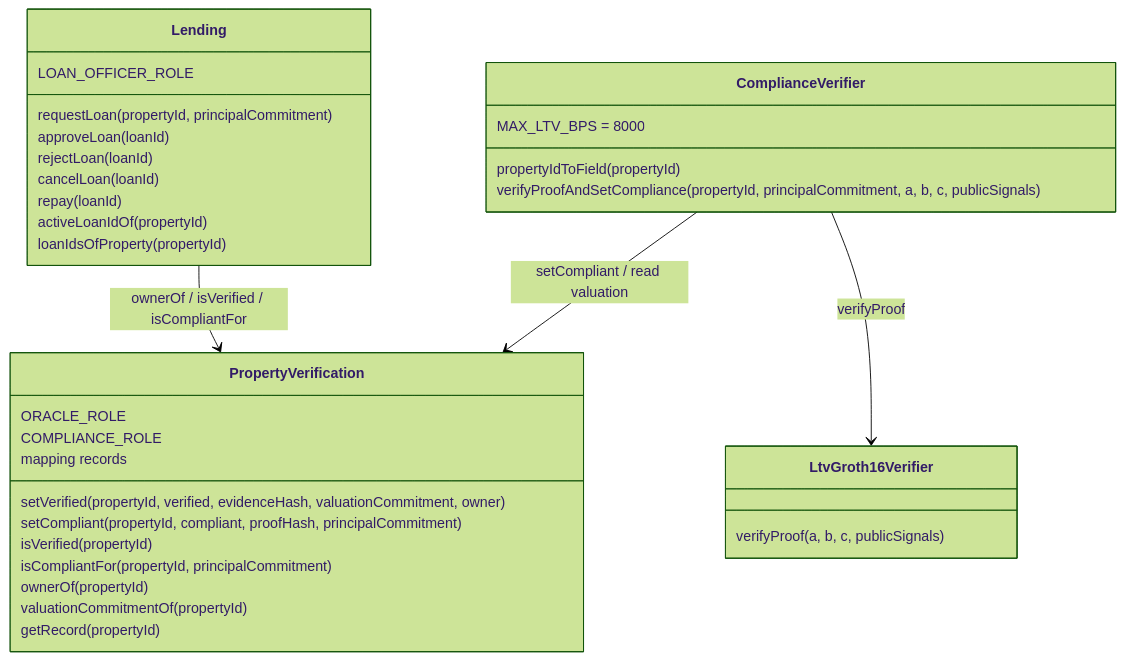
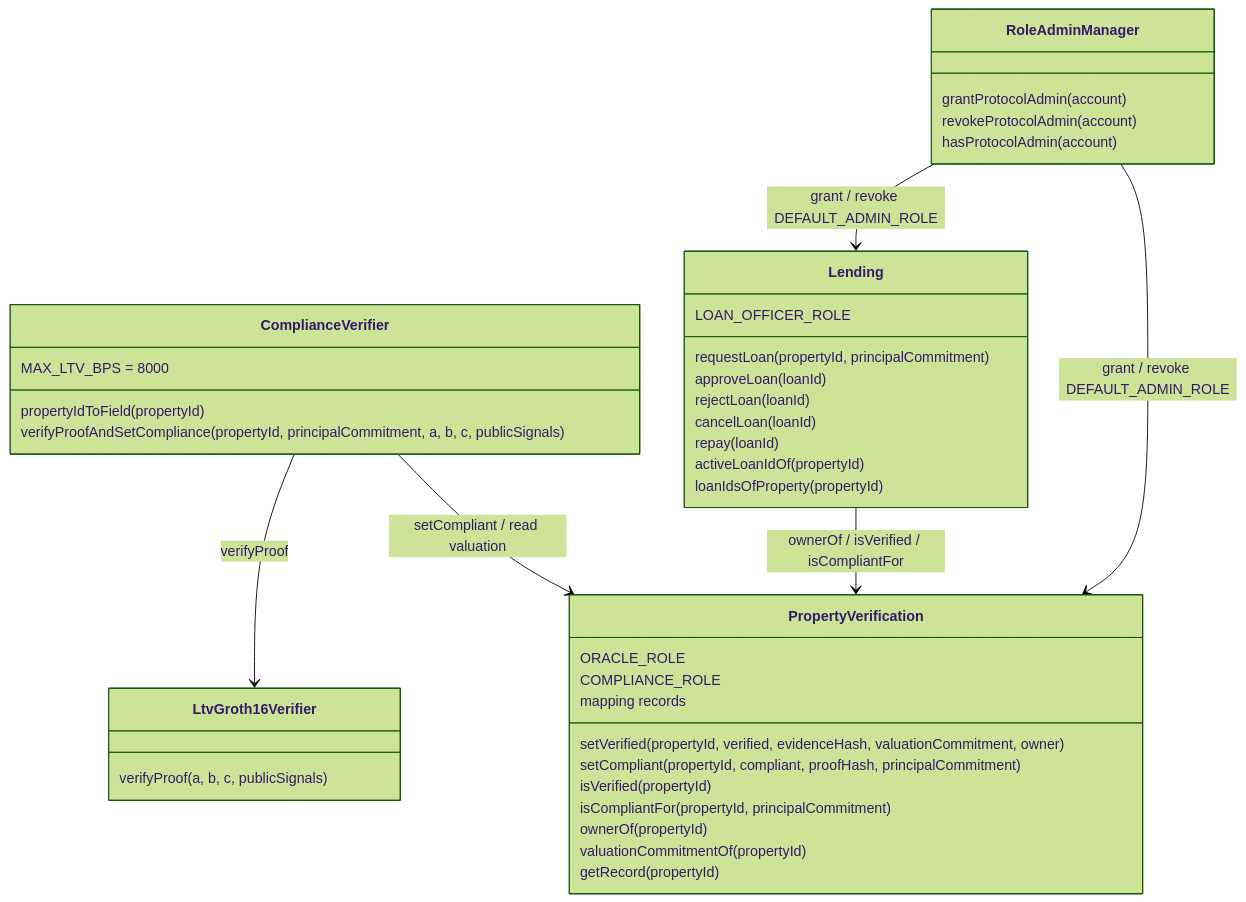
The sixth of 10 diagrams in README.md (Alan42x/proofestate), drawn with Mermaid (forest theme) before and after one commit. The commit also changed other lines of this file and 14 other files, not shown here.

First line of the commit message:
feat(admin): add protocol role manager and audit workspace

````diff
--- a/README.md
+++ b/README.md
@@ -424,40 +423,48 @@
 ```mermaid
 classDiagram
   class PropertyVerification {
     ORACLE_ROLE
     COMPLIANCE_ROLE
     mapping records
     setVerified(propertyId, verified, evidenceHash, valuationCommitment, owner)
     setCompliant(propertyId, compliant, proofHash, principalCommitment)
     isVerified(propertyId)
     isCompliantFor(propertyId, principalCommitment)
     ownerOf(propertyId)
     valuationCommitmentOf(propertyId)
     getRecord(propertyId)
   }
 
   class ComplianceVerifier {
     MAX_LTV_BPS = 8000
     propertyIdToField(propertyId)
     verifyProofAndSetCompliance(propertyId, principalCommitment, a, b, c, publicSignals)
   }
 
   class LtvGroth16Verifier {
     verifyProof(a, b, c, publicSignals)
   }
 
+  class RoleAdminManager {
+    grantProtocolAdmin(account)
+    revokeProtocolAdmin(account)
+    hasProtocolAdmin(account)
+  }
+
   class Lending {
     LOAN_OFFICER_ROLE
     requestLoan(propertyId, principalCommitment)
     approveLoan(loanId)
     rejectLoan(loanId)
     cancelLoan(loanId)
     repay(loanId)
     activeLoanIdOf(propertyId)
     loanIdsOfProperty(propertyId)
   }
 
   ComplianceVerifier --> PropertyVerification : setCompliant / read valuation
+  RoleAdminManager --> PropertyVerification : grant / revoke DEFAULT_ADMIN_ROLE
+  RoleAdminManager --> Lending : grant / revoke DEFAULT_ADMIN_ROLE
   ComplianceVerifier --> LtvGroth16Verifier : verifyProof
   Lending --> PropertyVerification : ownerOf / isVerified / isCompliantFor
 ```
````
